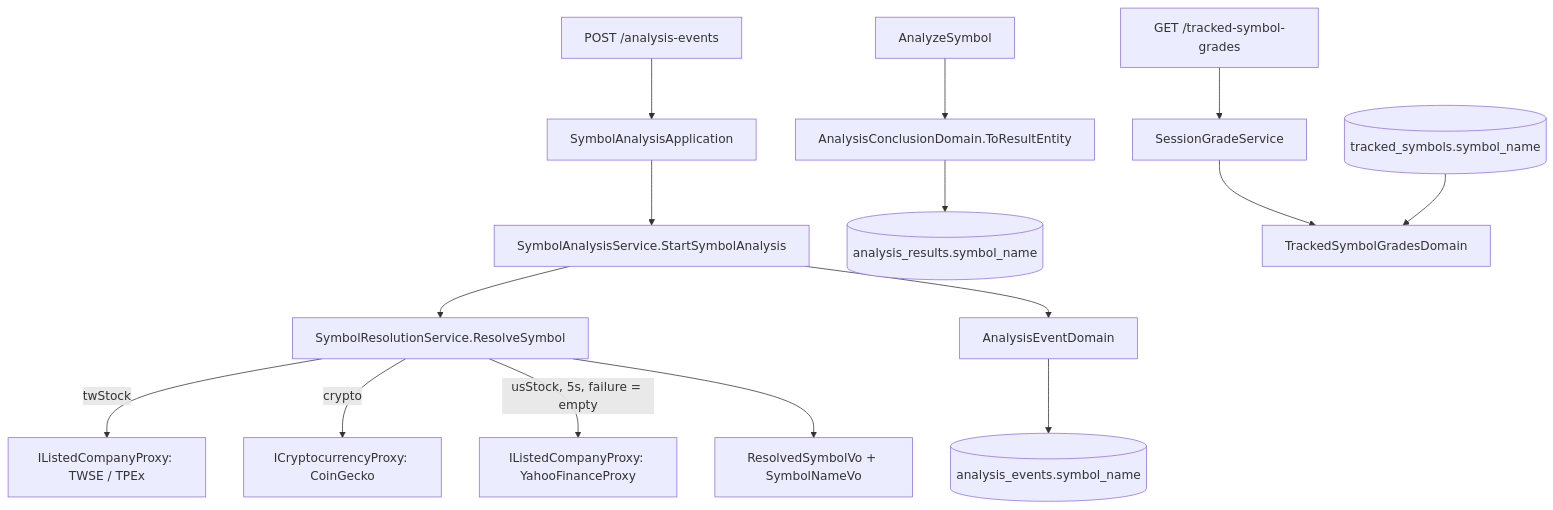
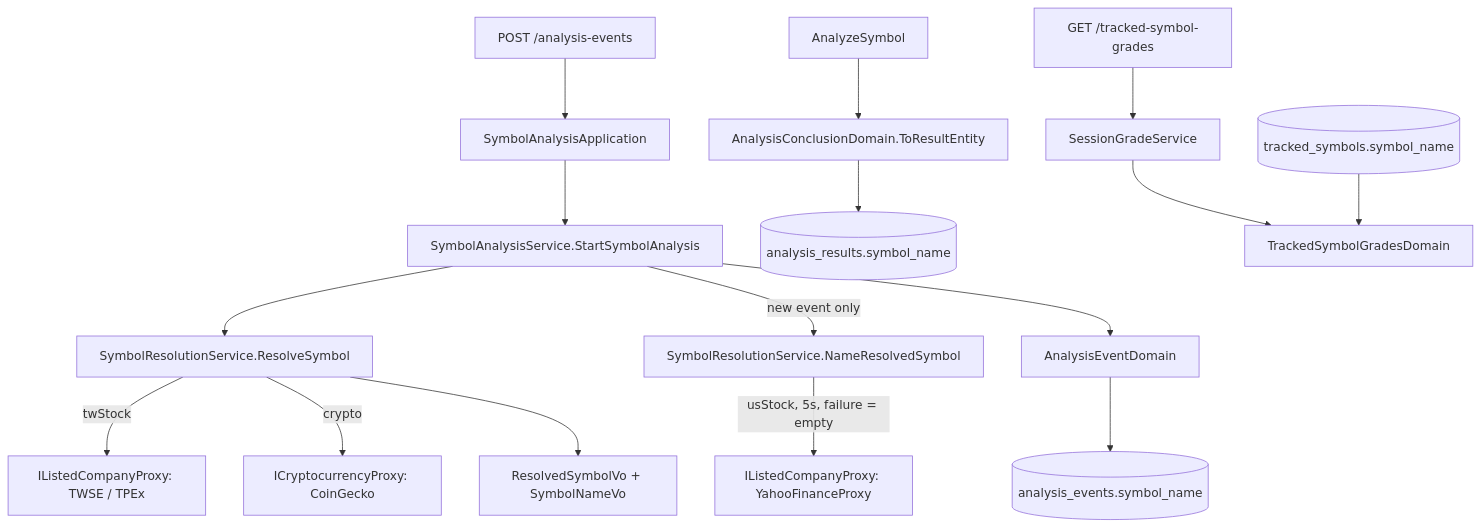
The diagram in .sdd/2026-10-28-symbol-name/ARCH.md (CodeMachine0121/go-news-symbol-hunter), drawn with Mermaid before and after one commit. The commit also changed other lines of this file and 1 other file, not shown here.

Commit message:
docs(symbol-name): record that only a new analysis looks up a US company name

````diff
--- a/.sdd/2026-10-28-symbol-name/ARCH.md
+++ b/.sdd/2026-10-28-symbol-name/ARCH.md
@@ -61,14 +61,15 @@
 ```mermaid
 flowchart TD
     StartApi[POST /analysis-events] --> App[SymbolAnalysisApplication]
     App --> SAS[SymbolAnalysisService.StartSymbolAnalysis]
     SAS --> SRS[SymbolResolutionService.ResolveSymbol]
     SRS -->|twStock| TW[IListedCompanyProxy: TWSE / TPEx]
     SRS -->|crypto| CG[ICryptocurrencyProxy: CoinGecko]
-    SRS -->|usStock, 5s, failure = empty| YF[IListedCompanyProxy: YahooFinanceProxy]
+    SAS -->|new event only| NRS[SymbolResolutionService.NameResolvedSymbol]
+    NRS -->|usStock, 5s, failure = empty| YF[IListedCompanyProxy: YahooFinanceProxy]
     SRS --> RSV[ResolvedSymbolVo + SymbolNameVo]
     SAS --> AED[AnalysisEventDomain] --> AER[(analysis_events.symbol_name)]
     Analyze[AnalyzeSymbol] --> ACD[AnalysisConclusionDomain.ToResultEntity] --> ARR[(analysis_results.symbol_name)]
     GradeApi[GET /tracked-symbol-grades] --> SGS[SessionGradeService] --> TSGD[TrackedSymbolGradesDomain]
     TSR[(tracked_symbols.symbol_name)] --> TSGD
 ```
````
